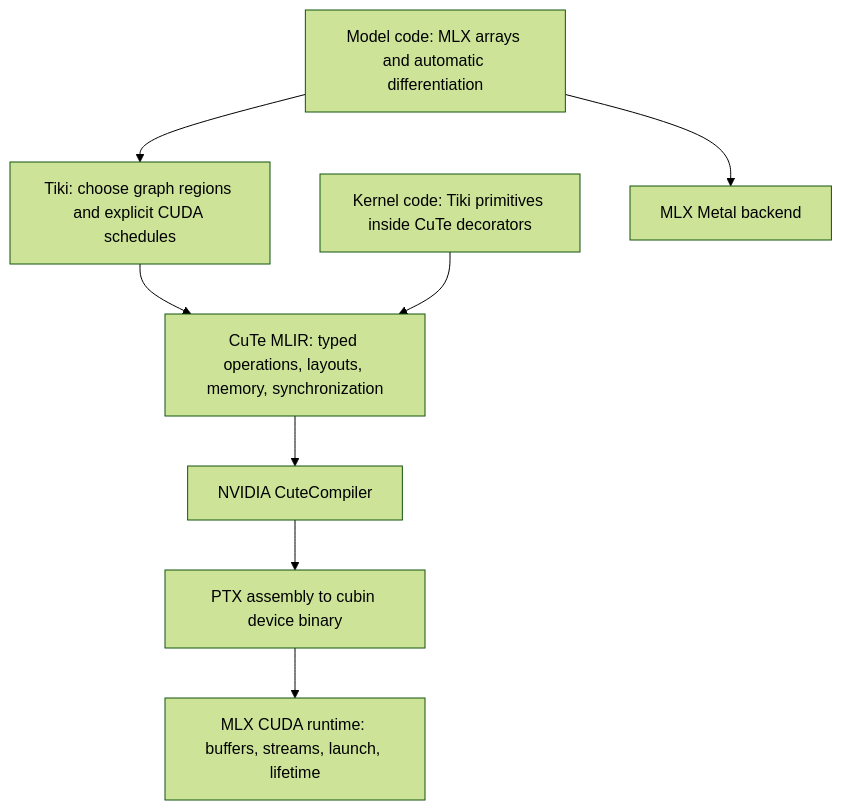
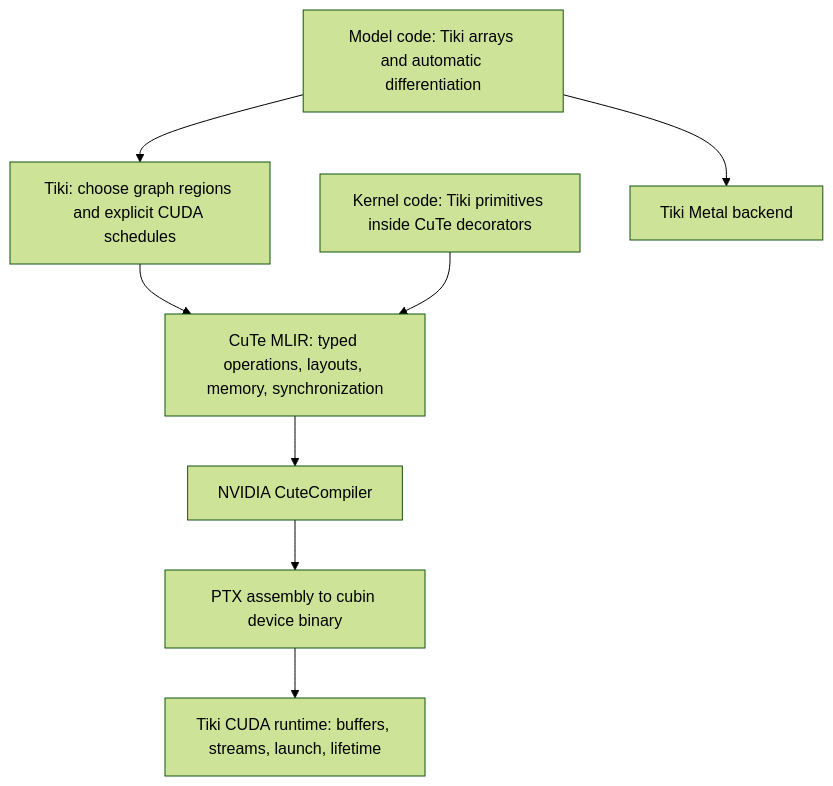
Before and after one commit to dedalus-labs/tiki: the diagram in README.md, drawn with Mermaid (forest theme). The commit also changed other lines of this file and 1647 other files, not shown here.

First line of the commit message:
refactor: rename the framework from MLX to Tiki (#36)

````diff
--- a/README.md
+++ b/README.md
@@ -72,16 +72,16 @@
 ```mermaid
 flowchart TD
-    model[Model code: MLX arrays and automatic differentiation]
+    model[Model code: Tiki arrays and automatic differentiation]
     regions[Tiki: choose graph regions and explicit CUDA schedules]
     kernels[Kernel code: Tiki primitives inside CuTe decorators]
     ir[CuTe MLIR: typed operations, layouts, memory, synchronization]
     compiler[NVIDIA CuteCompiler]
     binary[PTX assembly to cubin device binary]
-    runtime[MLX CUDA runtime: buffers, streams, launch, lifetime]
-    metal[MLX Metal backend]
+    runtime[Tiki CUDA runtime: buffers, streams, launch, lifetime]
+    metal[Tiki Metal backend]
 
     model --> regions --> ir
     kernels --> ir
     ir --> compiler --> binary --> runtime
     model --> metal
 ```
````
